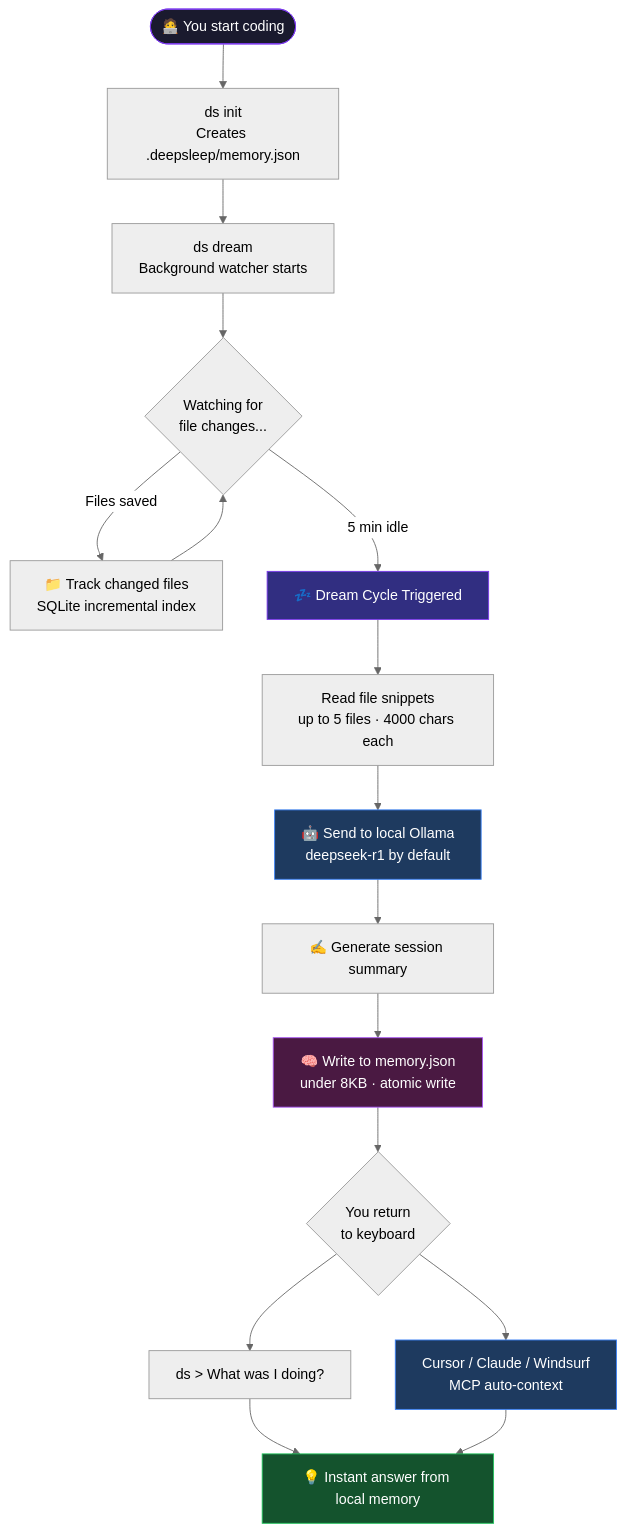
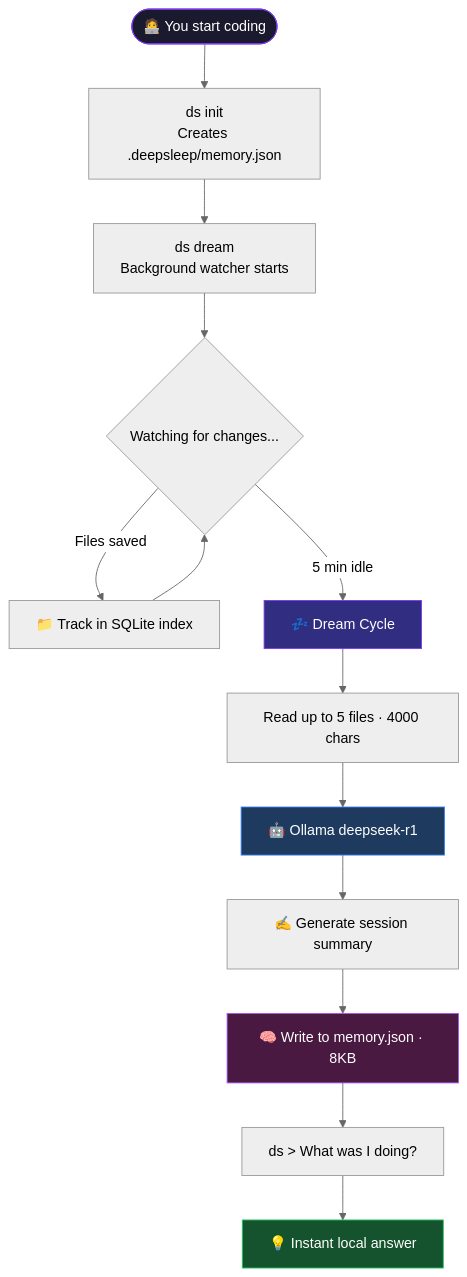
One commit to Keshavsharma-code/DeepSleep-beta changed the second of 9 diagrams in README.md. Above: the diagram before and after it, drawn with Mermaid (neutral theme). The commit also changed other lines of this file and 8 other files, not shown here.

````diff
--- a/README.md
+++ b/README.md
@@ -54,25 +79,21 @@
 ```mermaid
 flowchart TD
     A([🧑‍💻 You start coding]) --> B[ds init\nCreates .deepsleep/memory.json]
     B --> C[ds dream\nBackground watcher starts]
-    C --> D{Watching for\nfile changes...}
-    D -->|Files saved| E[📁 Track changed files\nSQLite incremental index]
-    D -->|5 min idle| F[💤 Dream Cycle Triggered]
+    C --> D{Watching for changes...}
+    D -->|Files saved| E[📁 Track in SQLite index]
+    D -->|5 min idle| F[💤 Dream Cycle]
     E --> D
-    F --> G[Read file snippets\nup to 5 files · 4000 chars each]
-    G --> H[🤖 Send to local Ollama\ndeepseek-r1 by default]
+    F --> G[Read up to 5 files · 4000 chars]
+    G --> H[🤖 Ollama deepseek-r1]
     H --> I[✍️ Generate session summary]
-    I --> J[🧠 Write to memory.json\nunder 8KB · atomic write]
-    J --> K{You return\nto keyboard}
-    K --> L[ds > What was I doing?]
-    K --> M[Cursor / Claude / Windsurf\nMCP auto-context]
-    L --> N[💡 Instant answer from local memory]
-    M --> N
+    I --> J[🧠 Write to memory.json · 8KB]
+    J --> K[ds > What was I doing?]
+    K --> L[💡 Instant local answer]
 
     style A fill:#1a1a2e,color:#fff,stroke:#7c3aed
     style F fill:#312e81,color:#fff,stroke:#7c3aed
     style H fill:#1e3a5f,color:#fff,stroke:#3b82f6
     style J fill:#4a1942,color:#fff,stroke:#a855f7
-    style N fill:#14532d,color:#fff,stroke:#22c55e
-    style M fill:#1e3a5f,color:#fff,stroke:#3b82f6
+    style L fill:#14532d,color:#fff,stroke:#22c55e
 ```
````
